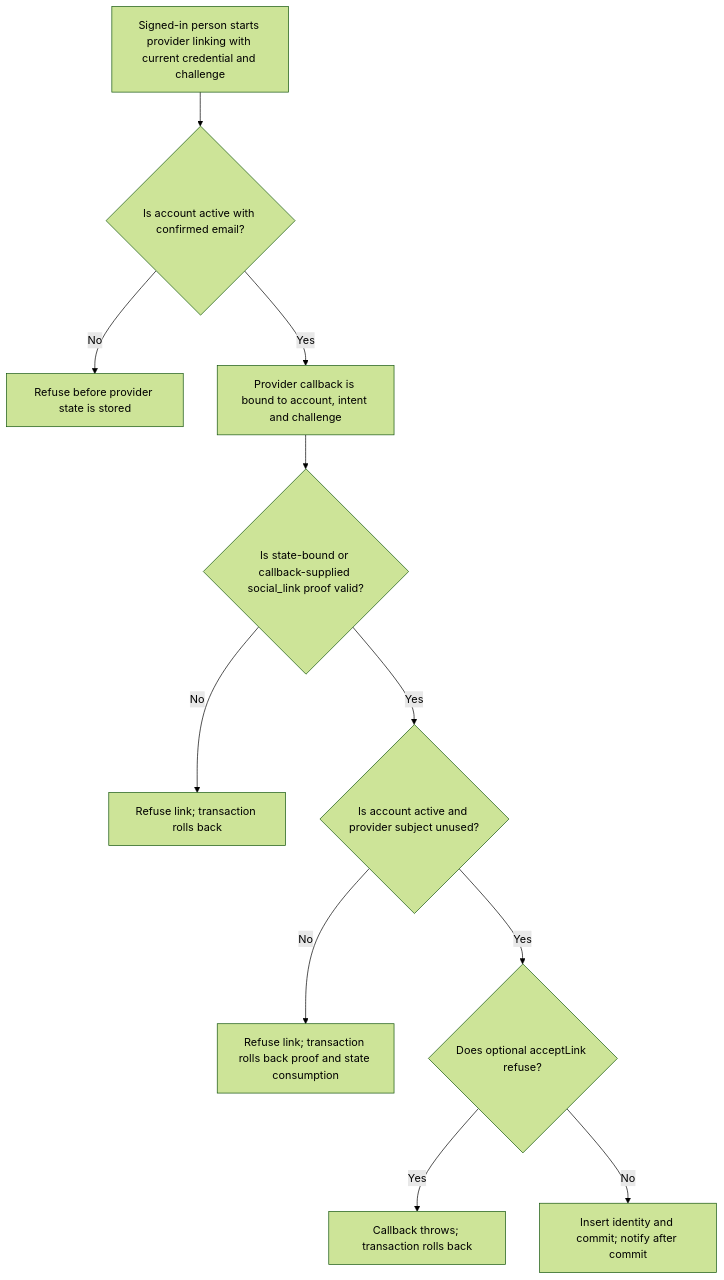
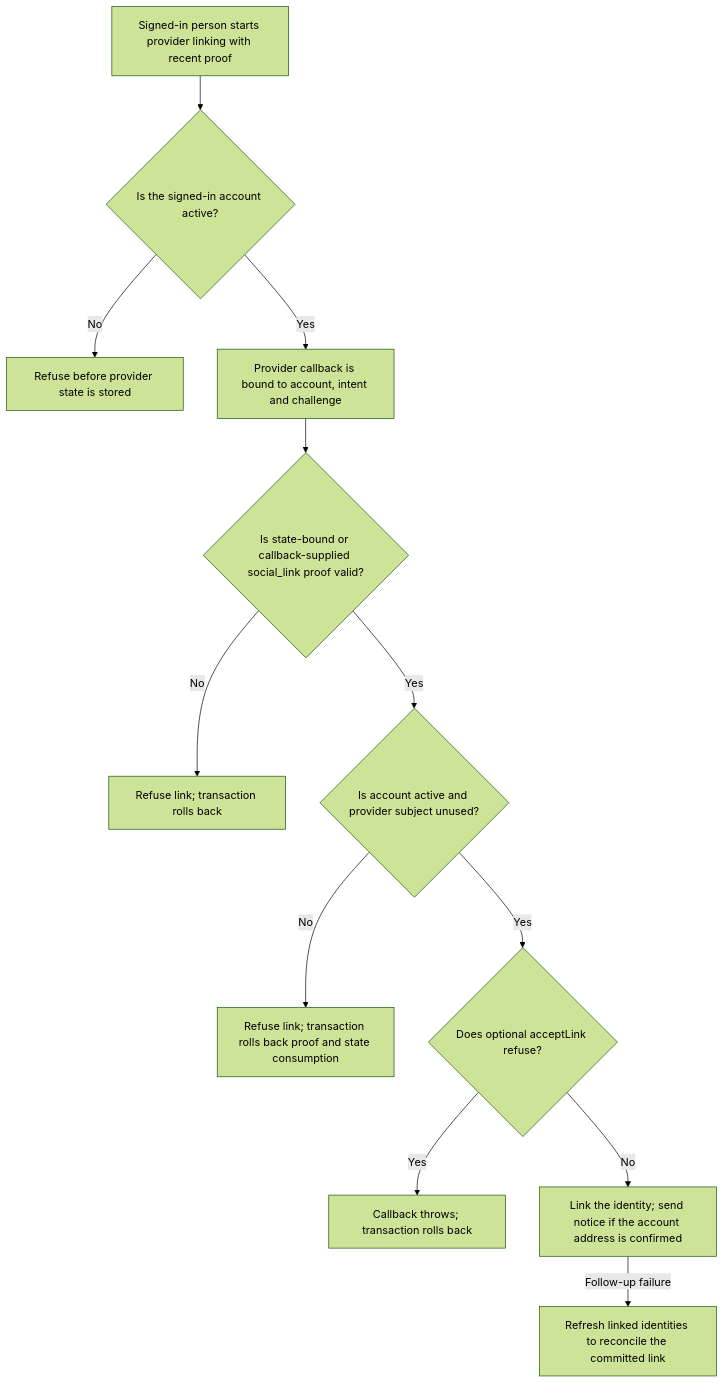
One commit to Kevinjohn/oss-adonisjs-account-kit changed the first of 2 diagrams in user-stories/US-ACCOUNT-21-link-social-identity.md. Above: the diagram before and after it, drawn with Mermaid (forest theme). The commit also changed other lines of this file and 70 other files, not shown here.

Commit message:
Refresh the Account Kit user story catalogue for 0.6.0

````diff
--- a/user-stories/US-ACCOUNT-21-link-social-identity.md
+++ b/user-stories/US-ACCOUNT-21-link-social-identity.md
@@ -18,13 +19,14 @@
 ```mermaid
 flowchart TD
- A["Signed-in person starts provider linking with current credential and challenge"] --> B{"Is account active with confirmed email?"}
+ A["Signed-in person starts provider linking with recent proof"] --> B{"Is the signed-in account active?"}
  B -->|No| C["Refuse before provider state is stored"]
  B -->|Yes| D["Provider callback is bound to account, intent and challenge"]
  D --> E{"Is state-bound or callback-supplied social_link proof valid?"}
  E -->|No| F["Refuse link; transaction rolls back"]
  E -->|Yes| G{"Is account active and provider subject unused?"}
  G -->|No| H["Refuse link; transaction rolls back proof and state consumption"]
  G -->|Yes| I{"Does optional acceptLink refuse?"}
  I -->|Yes| J["Callback throws; transaction rolls back"]
- I -->|No| K["Insert identity and commit; notify after commit"]
+ I -->|No| K["Link the identity; send notice if the account address is confirmed"]
+ K -->|Follow-up failure| R["Refresh linked identities to reconcile the committed link"]
 ```
````
